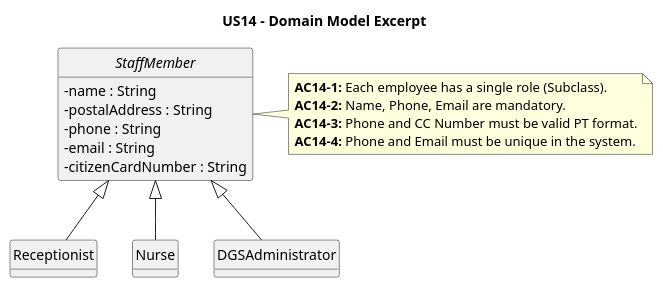
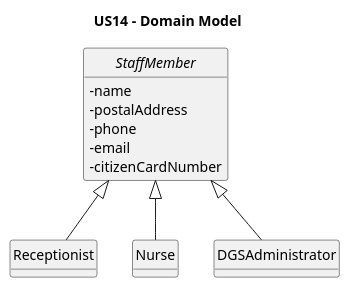
Before and after one commit to luluisfcm/leti-esoft-25-26-B5: the diagram in docs/system-documentation/US14/puml/US14-DM.puml, drawn with PlantUML. The commit also changed 7 other files, not shown here.

```diff
--- a/docs/system-documentation/US14/puml/US14-DM.puml
+++ b/docs/system-documentation/US14/puml/US14-DM.puml
@@ -1,29 +1,24 @@
 @startuml
-title US14 - Domain Model Excerpt
+title US14 - Domain Model
 
 hide methods
 hide circle
 skinparam classAttributeIconSize 0
 
-' Conceitos do Negócio baseados no DM original [cite: 2]
+
 abstract class StaffMember {
-  - name : String
-  - postalAddress : String
-  - phone : String
-  - email : String
-  - citizenCardNumber : String
+  - name
+  - postalAddress
+  - phone
+  - email
+  - citizenCardNumber
 }
 
 class Receptionist extends StaffMember
 class Nurse extends StaffMember
 class DGSAdministrator extends StaffMember
 
-' Notas de Regras de Negócio (Business Rules)
-note right of StaffMember
-  **AC14-1:** Each employee has a single role (Subclass).
-  **AC14-2:** Name, Phone, Email are mandatory.
-  **AC14-3:** Phone and CC Number must be valid PT format.
-  **AC14-4:** Phone and Email must be unique in the system.
-end note
+
+
 
 @enduml
```
